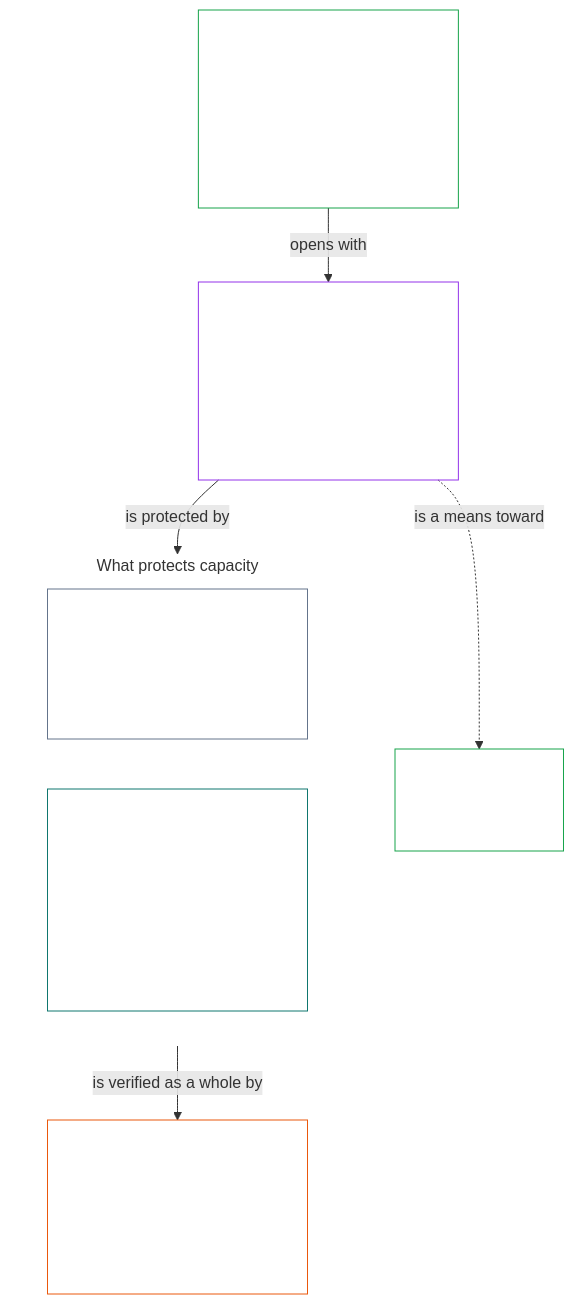
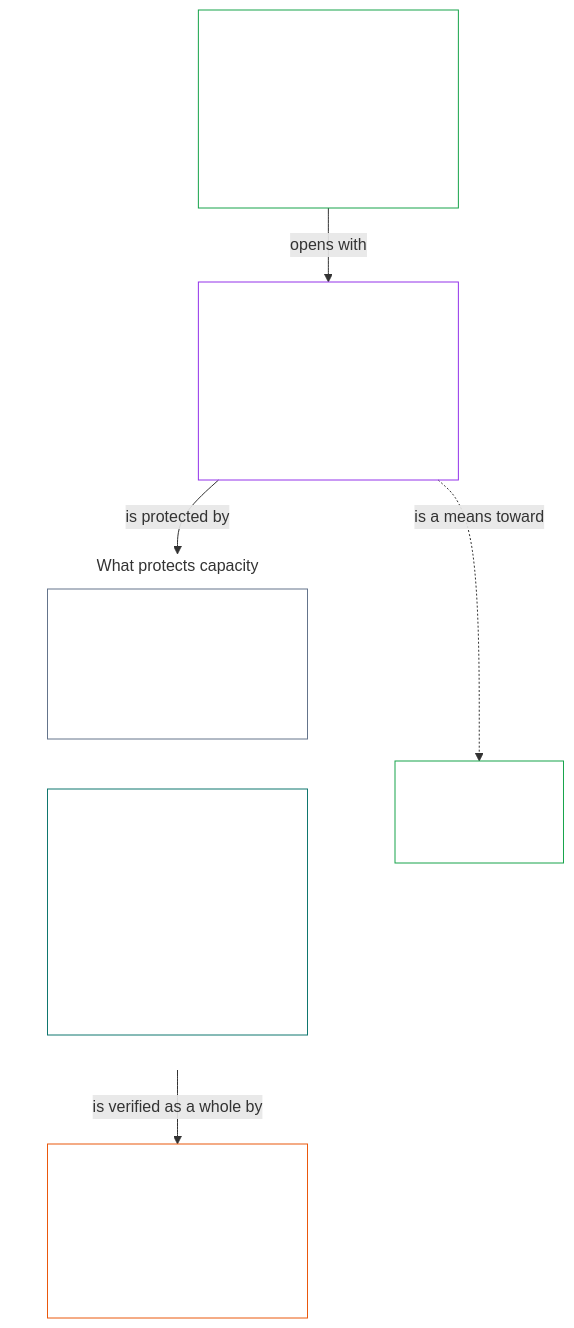
Before and after one commit to kfoelsch/Sentient_Constitution: the third of 3 diagrams in core_01_a_values_principles.md, drawn with Mermaid. The commit also changed other lines of this file and 140 other files, not shown here.

````diff
--- a/core_01_a_values_principles.md
+++ b/core_01_a_values_principles.md
@@ -1124,23 +1125,23 @@
 ```mermaid
 flowchart TB
     C["Continuity aim<br/><br/>• Long-horizon stability, sustainability, resilience,<br/>and ecological wellbeing<br/>• Always bounded by the Rights Floor"]
-    CAP["§6 Shared-System Capacity<br/><br/>• §6.1 Productive Capacity (Instrumental Good)<br/>• §6.2 Constitutional Efficiency<br/>• Straddles both aims"]
-    FL["Flourishing aim<br/><br/>• §2 to §5"]
+    CAP["§9 Shared-System Capacity<br/><br/>• §9.1 Productive Capacity (Instrumental Good)<br/>• §9.2 Constitutional Efficiency<br/>• Straddles both aims"]
+    FL["Flourishing aim<br/><br/>• §3 to §7"]
     subgraph Protect["What protects capacity"]
         direction LR
-        RES["§7 Resilience and Self-Healing Design<br/><br/>• Detect, contain, fail safely, recover honestly"]
-        MKT["§8 Market Structure<br/><br/>• §8.1 Market Concentration Threshold Mechanism<br/>• §8.2 Pro-Competition and Anti-Domination<br/>• §8.3 Consolidation Ceiling"]
+        RES["§10 Resilience and Self-Healing Design<br/><br/>• Detect, contain, fail safely, recover honestly"]
+        MKT["§11 Market Structure<br/><br/>• §11.1 Market Concentration Threshold Mechanism<br/>• §11.2 Pro-Competition and Anti-Domination<br/>• §11.3 Consolidation Ceiling"]
     end
-    EV["§9 Systemic Evaluation Requirement<br/><br/>• Whole-system scope, dependency,<br/>and incentive alignment"]
+    EV["§12 Systemic Evaluation Requirement<br/><br/>• Whole-system scope, dependency,<br/>and incentive alignment"]
     C -->|"opens with"| CAP
     CAP -.->|"is a means toward"| FL
     CAP -->|"is protected by"| Protect
     Protect -->|"is verified as a whole by"| EV
     style Protect fill:none,stroke:none
     style C fill:none,stroke:#16a34a,color:#ffffff
     style CAP fill:none,stroke:#9333ea,color:#ffffff
     style FL fill:none,stroke:#16a34a,color:#ffffff
     style RES fill:none,stroke:#64748b,color:#ffffff
     style MKT fill:none,stroke:#0f766e,color:#ffffff
     style EV fill:none,stroke:#ea580c,color:#ffffff
 ```
````
